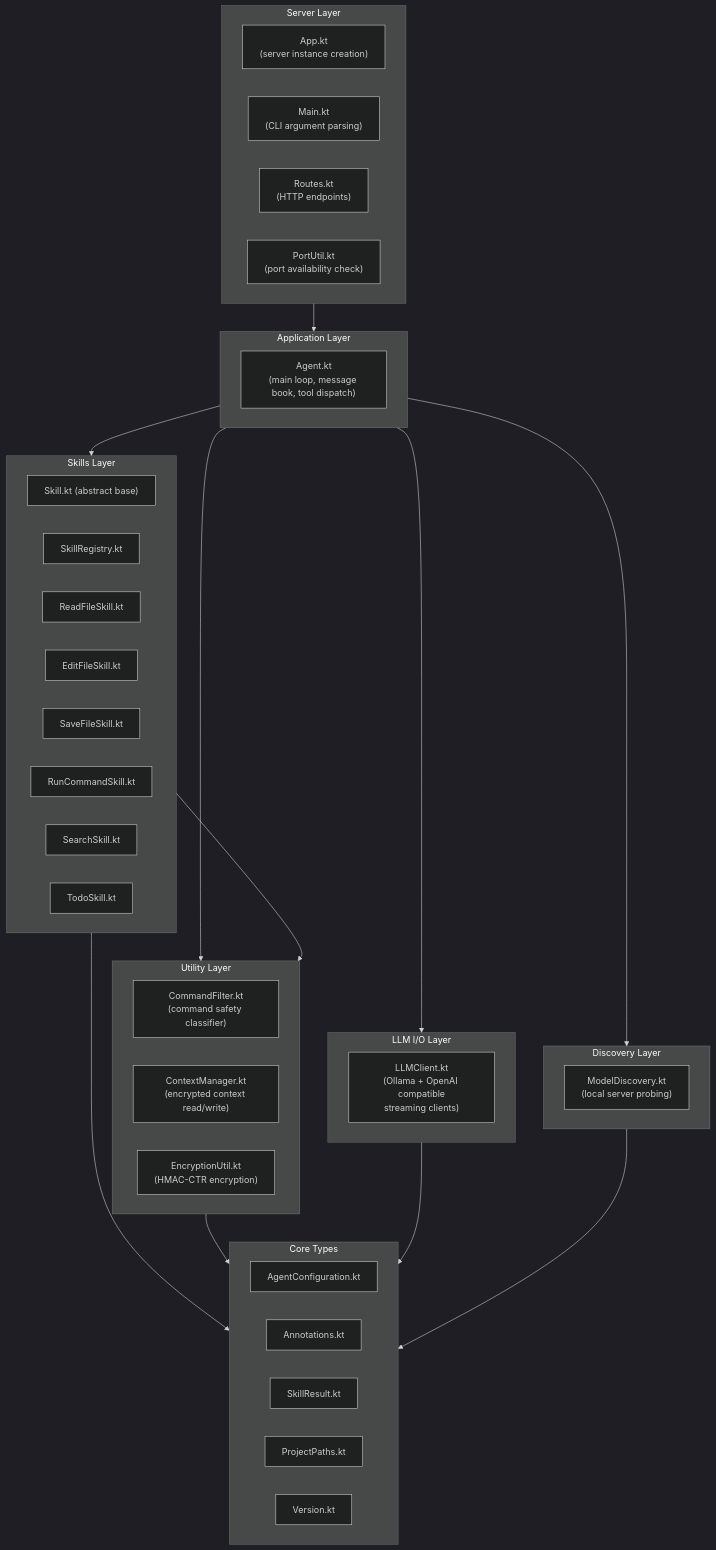
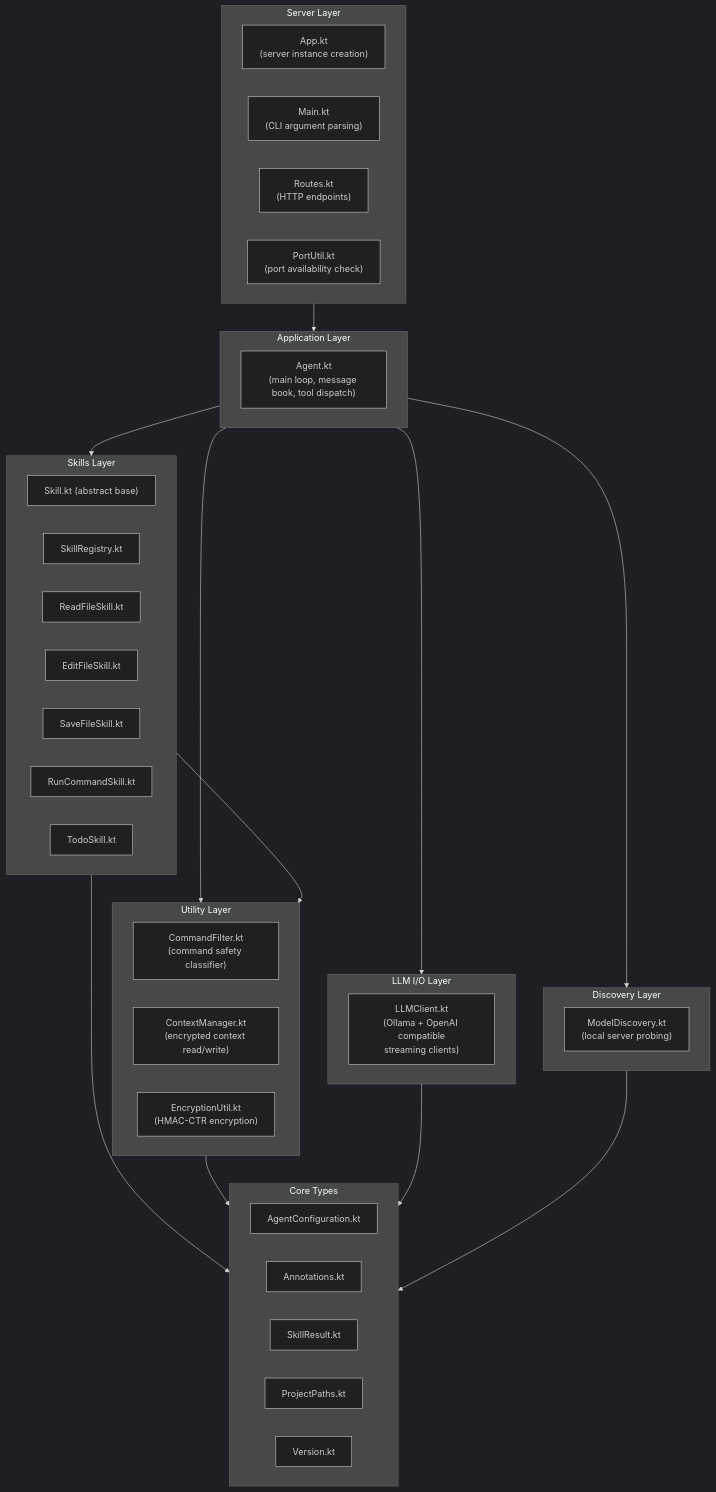
Before and after one commit to lg841226/Gradum: the first of 27 diagrams in docs/ARCHITECTURE.md, drawn with Mermaid (dark theme). The commit also changed other lines of this file and 8 other files, not shown here.

First line of the commit message:
refactor: remove SearchSkill, update tool call UI and docs

````diff
--- a/docs/ARCHITECTURE.md
+++ b/docs/ARCHITECTURE.md
@@ -98,58 +98,57 @@
 ```mermaid
 flowchart TB
     subgraph SERVER["Server Layer"]
         direction LR
         S1["App.kt<br/>(server instance creation)"]
         S2["Main.kt<br/>(CLI argument parsing)"]
         S3["Routes.kt<br/>(HTTP endpoints)"]
         S4["PortUtil.kt<br/>(port availability check)"]
     end
 
     subgraph APP["Application Layer"]
         A1["Agent.kt<br/>(main loop, message book, tool dispatch)"]
     end
 
     subgraph LLM["LLM I/O Layer"]
         L1["LLMClient.kt<br/>(Ollama + OpenAI compatible<br/>streaming clients)"]
     end
 
     subgraph DISCOVERY["Discovery Layer"]
         D1["ModelDiscovery.kt<br/>(local server probing)"]
     end
 
     subgraph SKILLS["Skills Layer"]
         SK1["Skill.kt (abstract base)"]
         SK2["SkillRegistry.kt"]
         SK3["ReadFileSkill.kt"]
         SK4["EditFileSkill.kt"]
         SK5["SaveFileSkill.kt"]
         SK6["RunCommandSkill.kt"]
-        SK7["SearchSkill.kt"]
-        SK8["TodoSkill.kt"]
+        SK7["TodoSkill.kt"]
     end
 
     subgraph UTIL["Utility Layer"]
         U1["CommandFilter.kt<br/>(command safety classifier)"]
         U2["ContextManager.kt<br/>(encrypted context read/write)"]
         U3["EncryptionUtil.kt<br/>(HMAC-CTR encryption)"]
     end
 
     subgraph CORE["Core Types"]
         C1["AgentConfiguration.kt"]
         C2["Annotations.kt"]
         C3["SkillResult.kt"]
         C4["ProjectPaths.kt"]
         C5["Version.kt"]
     end
 
     SERVER --> APP
     APP --> LLM
     APP --> DISCOVERY
     APP --> SKILLS
     APP --> UTIL
     SKILLS --> UTIL
     SKILLS --> CORE
     UTIL --> CORE
     LLM --> CORE
     DISCOVERY --> CORE
 ```
````
